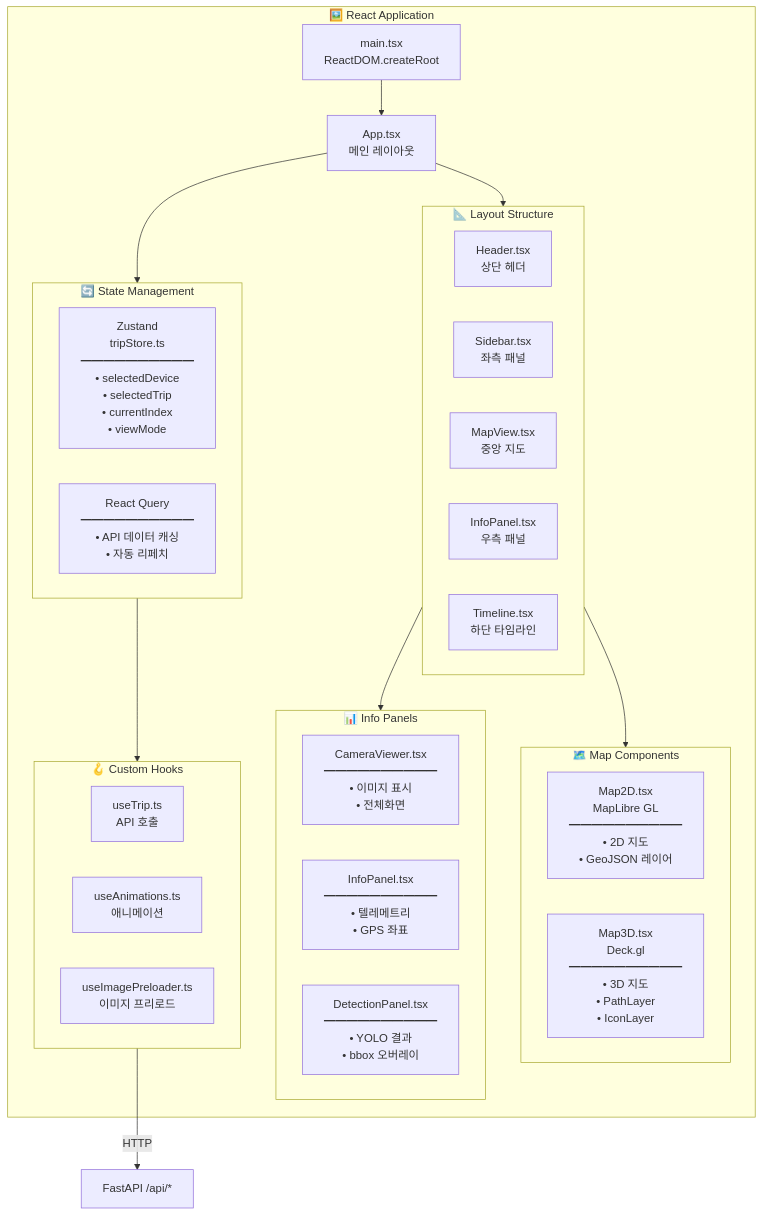
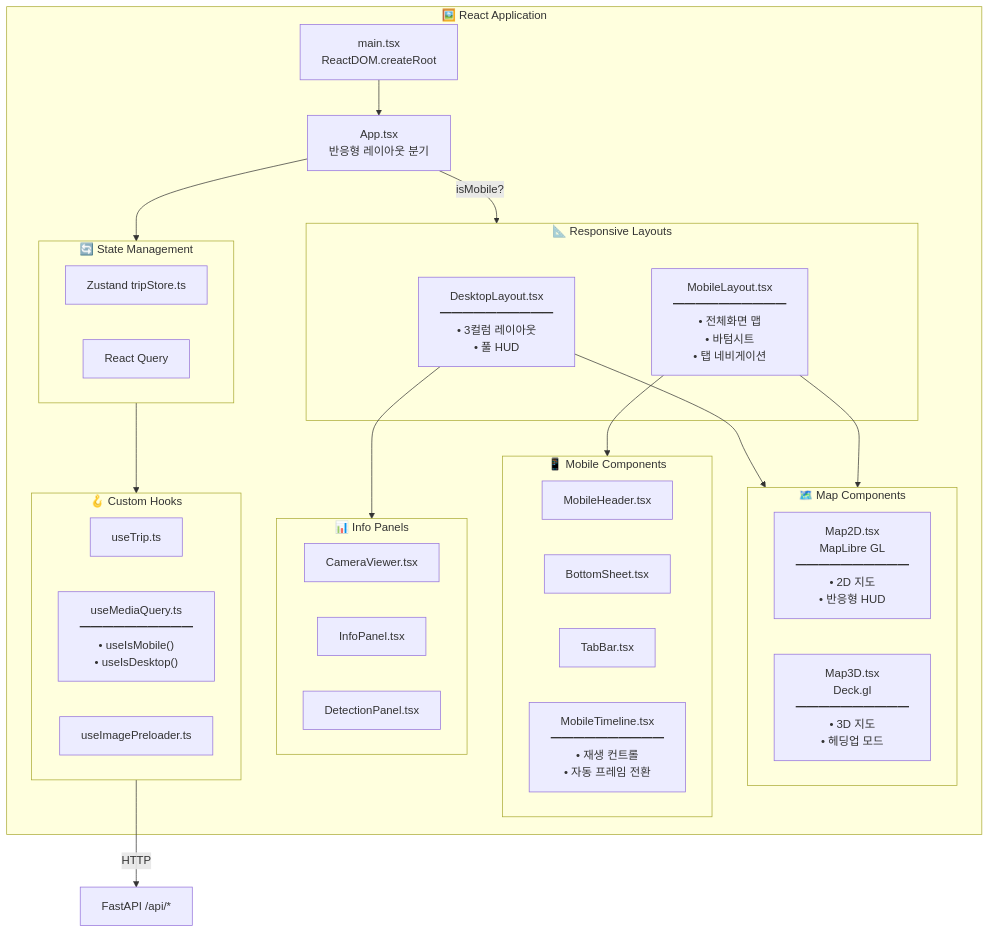
The fourth of 5 diagrams in README.md (dareesoft/nyc-vehicle-tracker), drawn with Mermaid before and after one commit. The commit also changed other lines of this file and 3 other files, not shown here.

````diff
--- a/README.md
+++ b/README.md
@@ -182,45 +221,50 @@
 ```mermaid
 flowchart TB
     subgraph ReactApp["🖼️ React Application"]
         MAIN["main.tsx<br/>ReactDOM.createRoot"]
-        MAIN --> APP["App.tsx<br/>메인 레이아웃"]
+        MAIN --> APP["App.tsx<br/>반응형 레이아웃 분기"]
 
-        subgraph Layout["📐 Layout Structure"]
-            direction LR
-            HEADER["Header.tsx<br/>상단 헤더"]
-            SIDEBAR["Sidebar.tsx<br/>좌측 패널"]
-            CENTER["MapView.tsx<br/>중앙 지도"]
-            RIGHT["InfoPanel.tsx<br/>우측 패널"]
-            BOTTOM["Timeline.tsx<br/>하단 타임라인"]
+        subgraph Layouts["📐 Responsive Layouts"]
+            DESKTOP["DesktopLayout.tsx<br/>━━━━━━━━━━<br/>• 3컬럼 레이아웃<br/>• 풀 HUD"]
+            MOBILE["MobileLayout.tsx<br/>━━━━━━━━━━<br/>• 전체화면 맵<br/>• 바텀시트<br/>• 탭 네비게이션"]
         end
 
         subgraph MapComponents["🗺️ Map Components"]
-            MAP2D["Map2D.tsx<br/>MapLibre GL<br/>━━━━━━━━━━<br/>• 2D 지도<br/>• GeoJSON 레이어"]
-            MAP3D["Map3D.tsx<br/>Deck.gl<br/>━━━━━━━━━━<br/>• 3D 지도<br/>• PathLayer<br/>• IconLayer"]
+            MAP2D["Map2D.tsx<br/>MapLibre GL<br/>━━━━━━━━━━<br/>• 2D 지도<br/>• 반응형 HUD"]
+            MAP3D["Map3D.tsx<br/>Deck.gl<br/>━━━━━━━━━━<br/>• 3D 지도<br/>• 헤딩업 모드"]
+        end
+
+        subgraph MobileComponents["📱 Mobile Components"]
+            MH["MobileHeader.tsx"]
+            BS["BottomSheet.tsx"]
+            TB["TabBar.tsx"]
+            MT["MobileTimeline.tsx<br/>━━━━━━━━━━<br/>• 재생 컨트롤<br/>• 자동 프레임 전환"]
         end
 
         subgraph Panels["📊 Info Panels"]
-            CAM["CameraViewer.tsx<br/>━━━━━━━━━━<br/>• 이미지 표시<br/>• 전체화면"]
-            INFO["InfoPanel.tsx<br/>━━━━━━━━━━<br/>• 텔레메트리<br/>• GPS 좌표"]
-            DET["DetectionPanel.tsx<br/>━━━━━━━━━━<br/>• YOLO 결과<br/>• bbox 오버레이"]
+            CAM["CameraViewer.tsx"]
+            INFO["InfoPanel.tsx"]
+            DET["DetectionPanel.tsx"]
         end
 
         subgraph StateManagement["🔄 State Management"]
-            ZS["Zustand<br/>tripStore.ts<br/>━━━━━━━━━━<br/>• selectedDevice<br/>• selectedTrip<br/>• currentIndex<br/>• viewMode"]
-            RQ["React Query<br/>━━━━━━━━━━<br/>• API 데이터 캐싱<br/>• 자동 리페치"]
+            ZS["Zustand tripStore.ts"]
+            RQ["React Query"]
         end
 
         subgraph CustomHooks["🪝 Custom Hooks"]
-            H1["useTrip.ts<br/>API 호출"]
-            H2["useAnimations.ts<br/>애니메이션"]
-            H3["useImagePreloader.ts<br/>이미지 프리로드"]
+            H1["useTrip.ts"]
+            H2["useMediaQuery.ts<br/>━━━━━━━━━━<br/>• useIsMobile()<br/>• useIsDesktop()"]
+            H3["useImagePreloader.ts"]
         end
     end
 
-    APP --> Layout
-    CENTER --> MapComponents
-    RIGHT --> Panels
+    APP -->|"isMobile?"| Layouts
+    DESKTOP --> MapComponents
+    MOBILE --> MapComponents
+    MOBILE --> MobileComponents
+    DESKTOP --> Panels
     APP --> StateManagement
     StateManagement --> CustomHooks
     CustomHooks -->|"HTTP"| API["FastAPI /api/*"]
 ```
````
